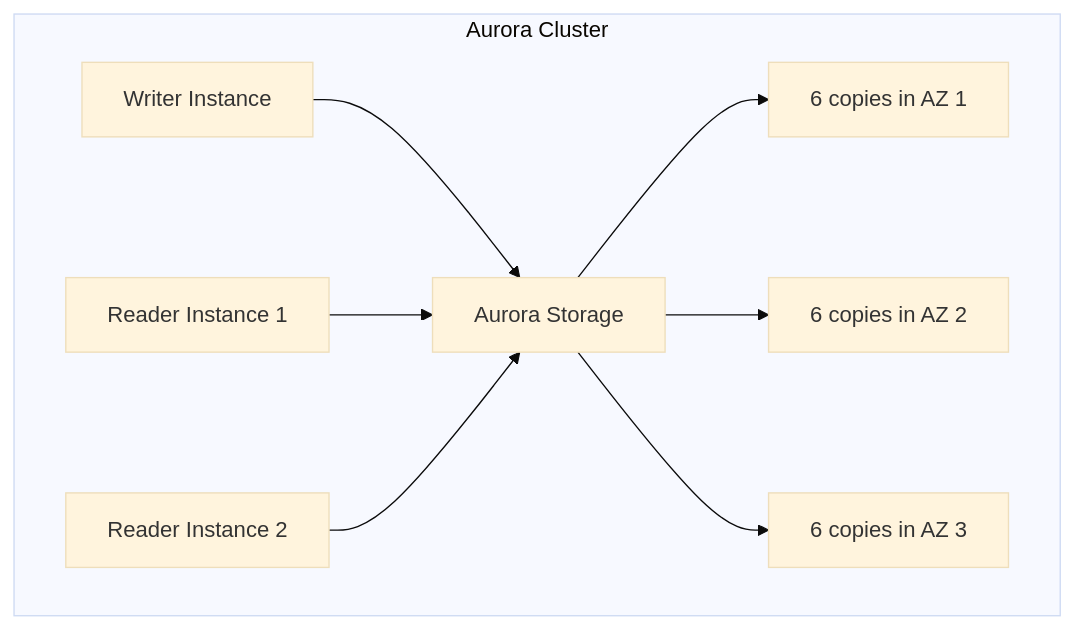
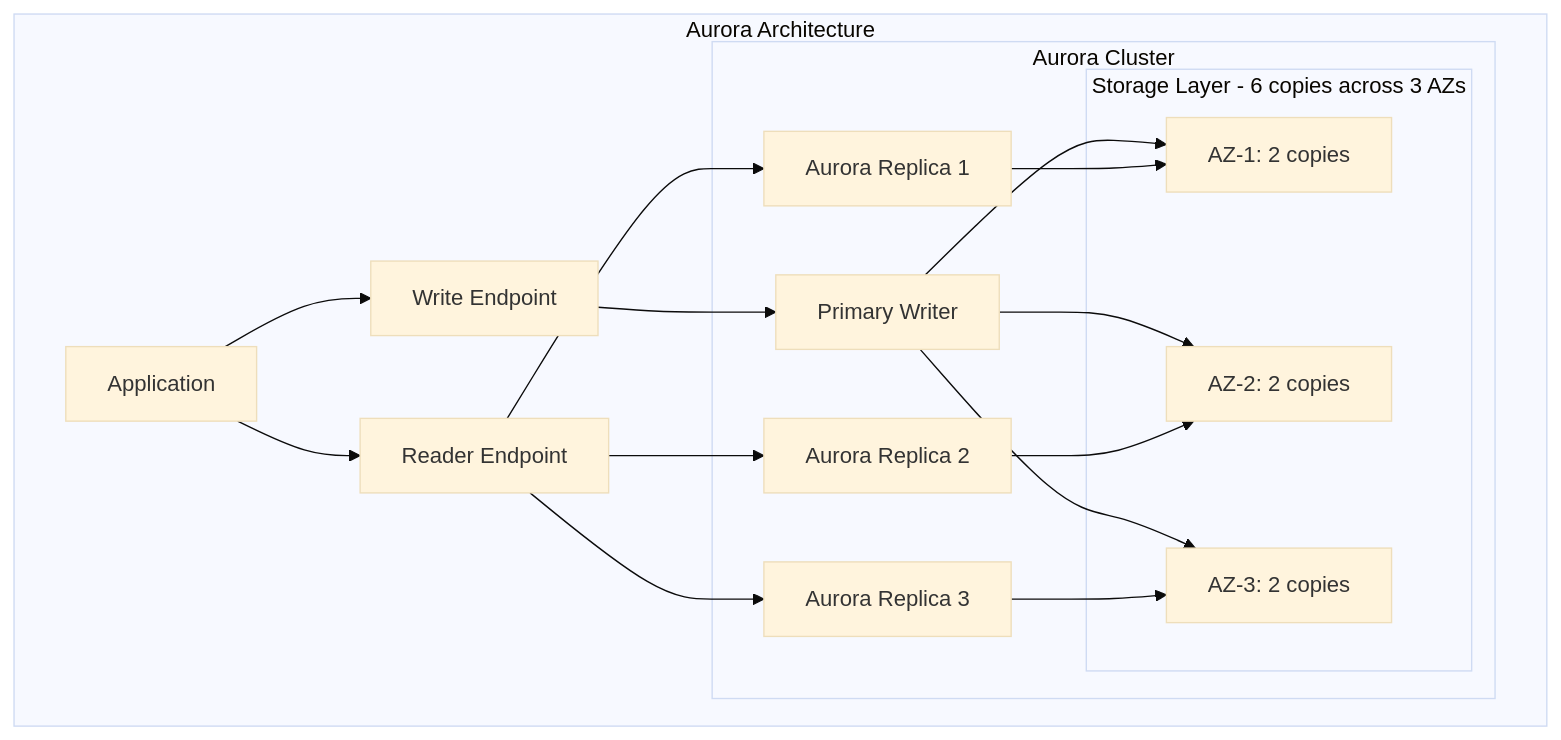
Before and after one commit to vanos001/placement_prep: the sixth of 9 diagrams in src/cloud/aws/rds.md, drawn with Mermaid (base theme). The commit also changed other lines of this file and 18 other files, not shown here.

````diff
--- a/src/cloud/aws/rds.md
+++ b/src/cloud/aws/rds.md
@@ -56,12 +154,34 @@
 ```mermaid
-graph TD
-    subgraph Aurora_Cluster[Aurora Cluster]
-        WRITER[Writer Instance] --> STORAGE[Aurora Storage]
-        READER1[Reader Instance 1] --> STORAGE
-        READER2[Reader Instance 2] --> STORAGE
+graph TB
+    subgraph "Aurora Architecture"
+        A_APP[Application]
+        A_WRITES[Write Endpoint]
+        A_READS[Reader Endpoint]
 
-        STORAGE --> AZ1[6 copies in AZ 1]
-        STORAGE --> AZ2[6 copies in AZ 2]
-        STORAGE --> AZ3[6 copies in AZ 3]
+        subgraph "Aurora Cluster"
+            PW[Primary Writer]
+            RR1_A[Aurora Replica 1]
+            RR2_A[Aurora Replica 2]
+            RR3_A[Aurora Replica 3]
+
+            subgraph "Storage Layer - 6 copies across 3 AZs"
+                S1[AZ-1: 2 copies]
+                S2[AZ-2: 2 copies]
+                S3[AZ-3: 2 copies]
+            end
+        end
+
+        A_APP --> A_WRITES
+        A_APP --> A_READS
+        A_WRITES --> PW
+        A_READS --> RR1_A
+        A_READS --> RR2_A
+        A_READS --> RR3_A
+        PW --> S1
+        PW --> S2
+        PW --> S3
+        RR1_A --> S1
+        RR2_A --> S2
+        RR3_A --> S3
     end
 ```
````
